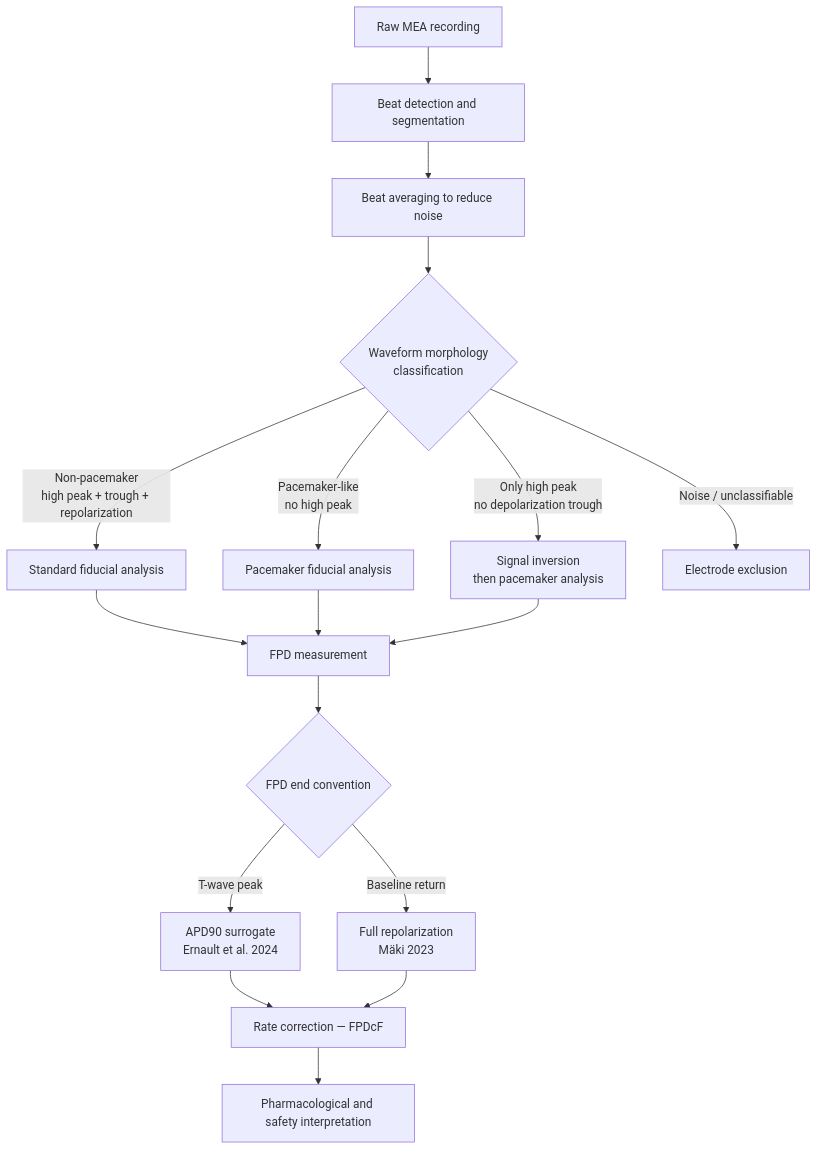
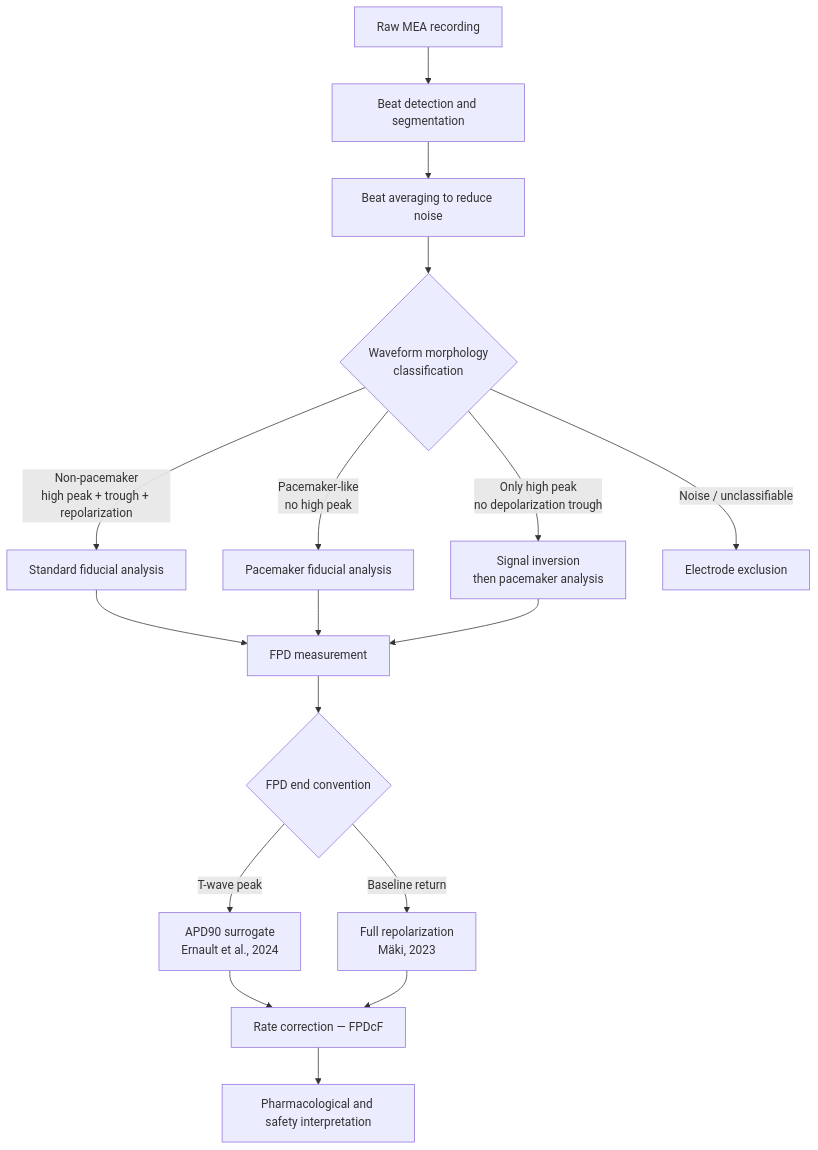
The second of 2 diagrams in main.md (AnaHill/MEA_review_llm_wiki), drawn with Mermaid before and after one commit. The commit also changed other lines of this file and 1 other file, not shown here.

````diff
--- a/main.md
+++ b/main.md
@@ -102,19 +102,19 @@
 ```mermaid
 flowchart TD
     A[Raw MEA recording] --> B[Beat detection and segmentation]
     B --> C[Beat averaging to reduce noise]
     C --> D{Waveform morphology\nclassification}
     D -->|Non-pacemaker\nhigh peak + trough + repolarization| E[Standard fiducial analysis]
     D -->|Pacemaker-like\nno high peak| F[Pacemaker fiducial analysis]
     D -->|Only high peak\nno depolarization trough| G[Signal inversion\nthen pacemaker analysis]
     D -->|Noise / unclassifiable| H[Electrode exclusion]
     E --> I[FPD measurement]
     F --> I
     G --> I
     I --> J{FPD end convention}
-    J -->|T-wave peak| K[APD90 surrogate\nErnault et al. 2024]
-    J -->|Baseline return| L[Full repolarization\nMäki 2023]
+    J -->|T-wave peak| K[APD90 surrogate\nErnault et al., 2024]
+    J -->|Baseline return| L[Full repolarization\nMäki, 2023]
     K --> M[Rate correction — FPDcF]
     L --> M
     M --> N[Pharmacological and safety interpretation]
 ```
````
